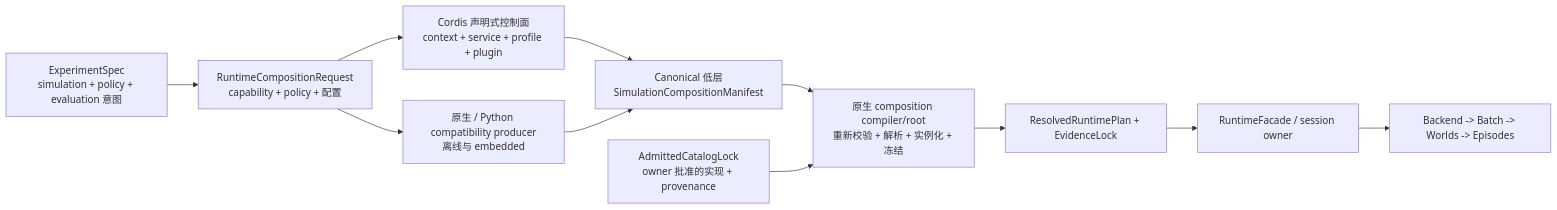
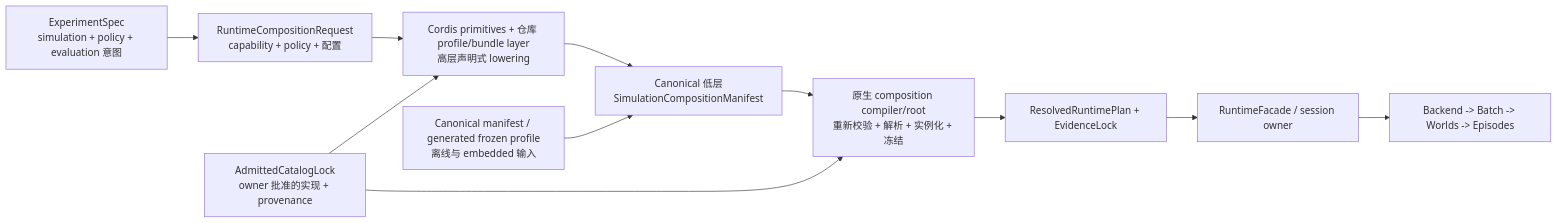
One commit to Void0312Aurora/Echelon-Forge changed the diagram in docs/architecture/reviews/cordis_simulation_composition_program_review_response_20260817.zh.md. Above: the diagram before and after it, drawn with Mermaid. The commit also changed other lines of this file and 15 other files, not shown here.

````diff
--- a/docs/architecture/reviews/cordis_simulation_composition_program_review_response_20260817.zh.md
+++ b/docs/architecture/reviews/cordis_simulation_composition_program_review_response_20260817.zh.md
@@ -67,24 +70,24 @@
 ```mermaid
 flowchart LR
     EXP["ExperimentSpec\nsimulation + policy + evaluation 意图"]
     PROJECT["RuntimeCompositionRequest\ncapability + policy + 配置"]
-    CORDIS["Cordis 声明式控制面\ncontext + service + profile + plugin"]
-    COMPAT["原生 / Python compatibility producer\n离线与 embedded"]
+    CORDIS["Cordis primitives + 仓库 profile/bundle layer\n高层声明式 lowering"]
+    FROZEN["Canonical manifest / generated frozen profile\n离线与 embedded 输入"]
     REQUEST["Canonical 低层\nSimulationCompositionManifest"]
     CATALOG["AdmittedCatalogLock\nowner 批准的实现 + provenance"]
     NATIVE["原生 composition compiler/root\n重新校验 + 解析 + 实例化 + 冻结"]
     PLAN["ResolvedRuntimePlan + EvidenceLock"]
     FACADE["RuntimeFacade / session owner"]
     EXEC["Backend -> Batch -> Worlds -> Episodes"]
 
     EXP --> PROJECT
     PROJECT --> CORDIS
-    PROJECT --> COMPAT
+    CATALOG --> CORDIS
     CORDIS --> REQUEST
-    COMPAT --> REQUEST
+    FROZEN --> REQUEST
     REQUEST --> NATIVE
     CATALOG --> NATIVE
     NATIVE --> PLAN
     PLAN --> FACADE
     FACADE --> EXEC
 ```
````
